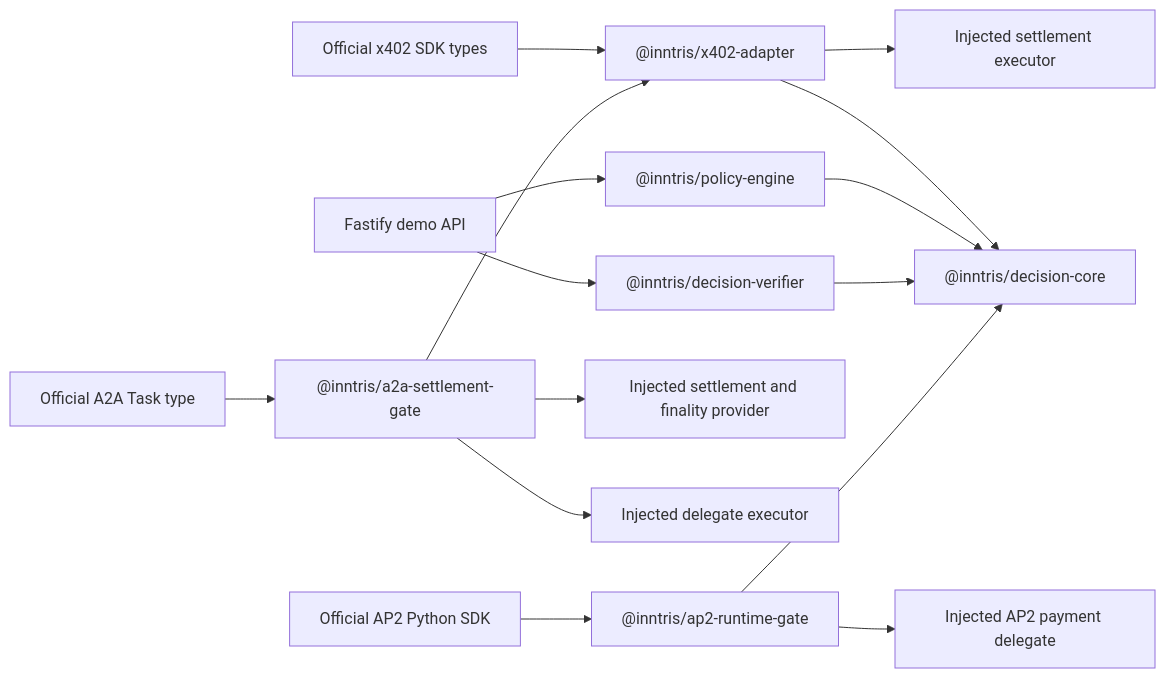
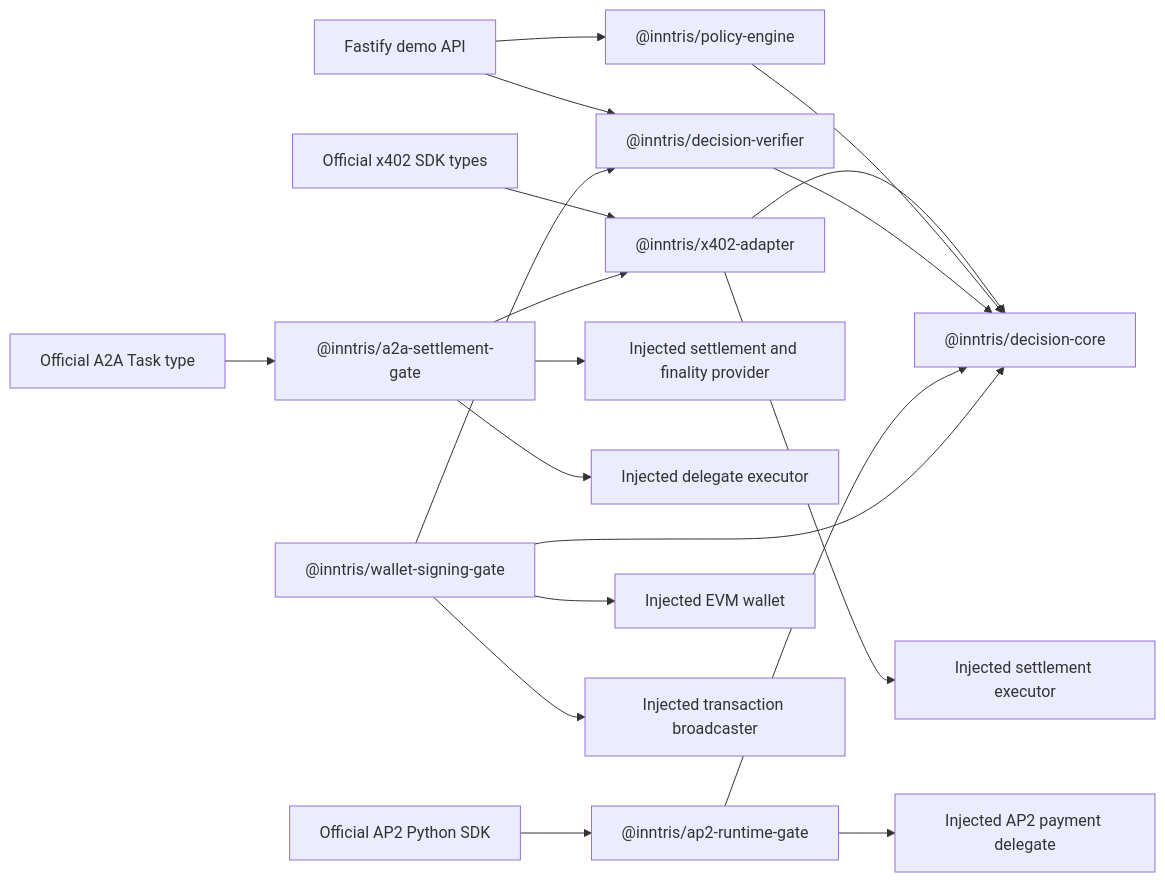
Before and after one commit to Inntris/inntris-x402-policy-adapter: the diagram in ARCHITECTURE.md, drawn with Mermaid. The commit also changed other lines of this file and 28 other files, not shown here.

Commit message:
Add fail-closed EVM wallet signing gate (#22)

````diff
--- a/ARCHITECTURE.md
+++ b/ARCHITECTURE.md
@@ -20,17 +20,21 @@
 ```mermaid
 flowchart LR
     X["Official x402 SDK types"] --> A["@inntris/x402-adapter"]
     A --> C["@inntris/decision-core"]
     P["@inntris/policy-engine"] --> C
     V["@inntris/decision-verifier"] --> C
     API["Fastify demo API"] --> P
     API --> V
     A --> E["Injected settlement executor"]
     T["Official A2A Task type"] --> G["@inntris/a2a-settlement-gate"]
     G --> A
     G --> S["Injected settlement and finality provider"]
     G --> D["Injected delegate executor"]
     M["Official AP2 Python SDK"] --> R["@inntris/ap2-runtime-gate"]
     R --> C
     R --> Q["Injected AP2 payment delegate"]
+    W["@inntris/wallet-signing-gate"] --> C
+    W --> V
+    W --> K["Injected EVM wallet"]
+    W --> B["Injected transaction broadcaster"]
 ```
````
